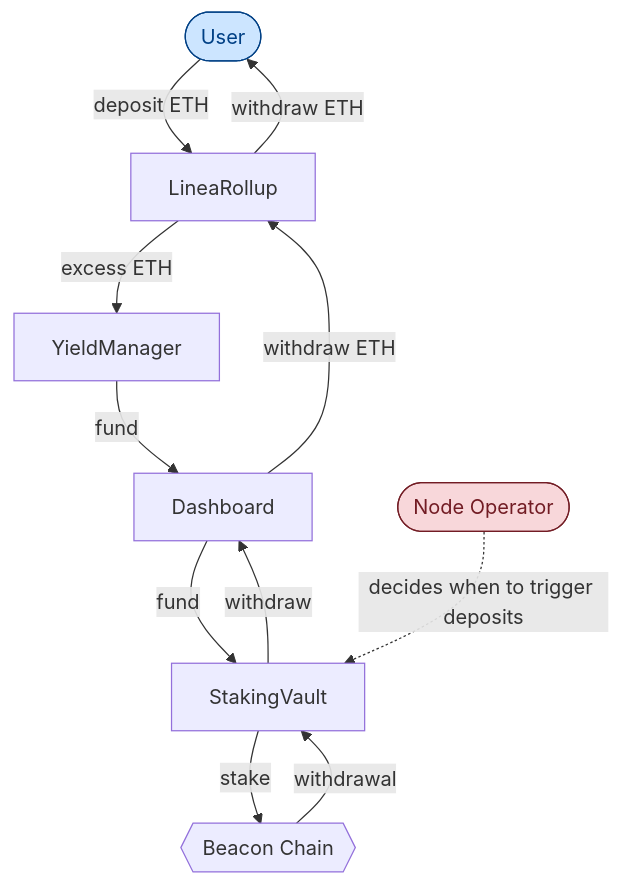
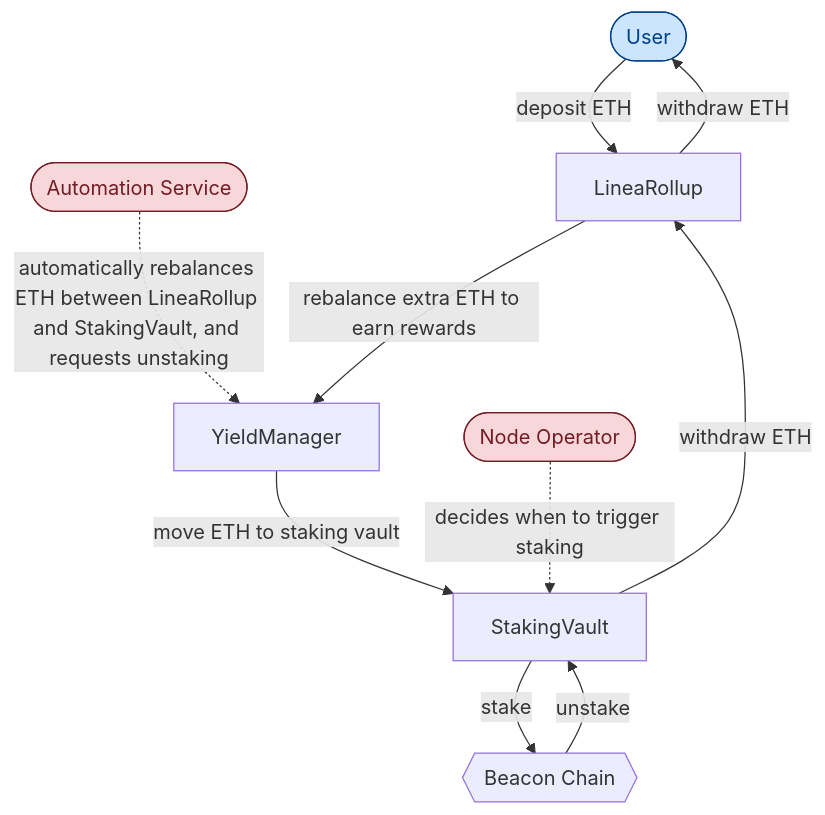
The first of 8 diagrams in docs/protocol/yield-boost.mdx (Consensys/doc.linea), drawn with Mermaid before and after one commit.

Commit message:
docs: update L1 ETH flow diagram in yield-boost

````diff
--- a/docs/protocol/yield-boost.mdx
+++ b/docs/protocol/yield-boost.mdx
@@ -39,27 +39,26 @@
 ```mermaid
 flowchart TD
     User([User])
+    Auto([Automation Service])
+    NO([Node Operator])
     LR[LineaRollup]
     YM[YieldManager]
-    DB[Dashboard]
     SV[StakingVault]
-    NO([Node Operator])
     BC{{Beacon Chain}}
 
     User -->|deposit ETH| LR
-    LR -->|excess ETH| YM
-    YM -->|fund| DB
-    DB -->|fund| SV
-    NO -.->|decides when to trigger deposits| SV
+    LR -->|withdraw ETH| User
+    Auto -.->|automatically rebalances ETH between LineaRollup and StakingVault, and requests unstaking| YM
+    LR -->|rebalance extra ETH to earn rewards| YM
+    YM -->|move ETH to staking vault| SV
+    NO -.->|decides when to trigger staking| SV
     SV -->|stake| BC
-    BC -->|withdrawal| SV
-    SV -->|withdraw| DB
-    DB -->|withdraw ETH| LR
-    LR -->|withdraw ETH| User
+    BC -->|unstake| SV
+    SV -->|withdraw ETH| LR
 
     classDef admin fill:#f8d7da,stroke:#721c24,stroke-width:1px,color:#721c24
     classDef permissionless fill:#cce5ff,stroke:#004085,stroke-width:1px,color:#004085
 
-    class NO admin
+    class NO,Auto admin
     class User permissionless
 ```
````
